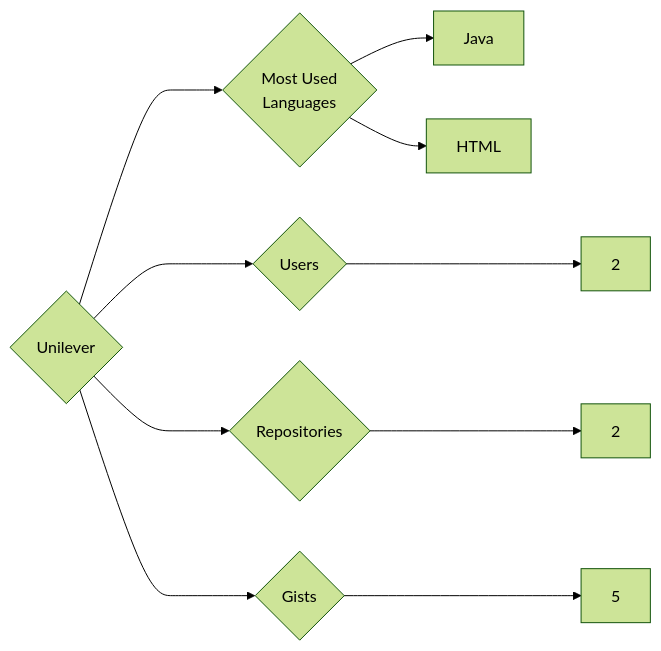
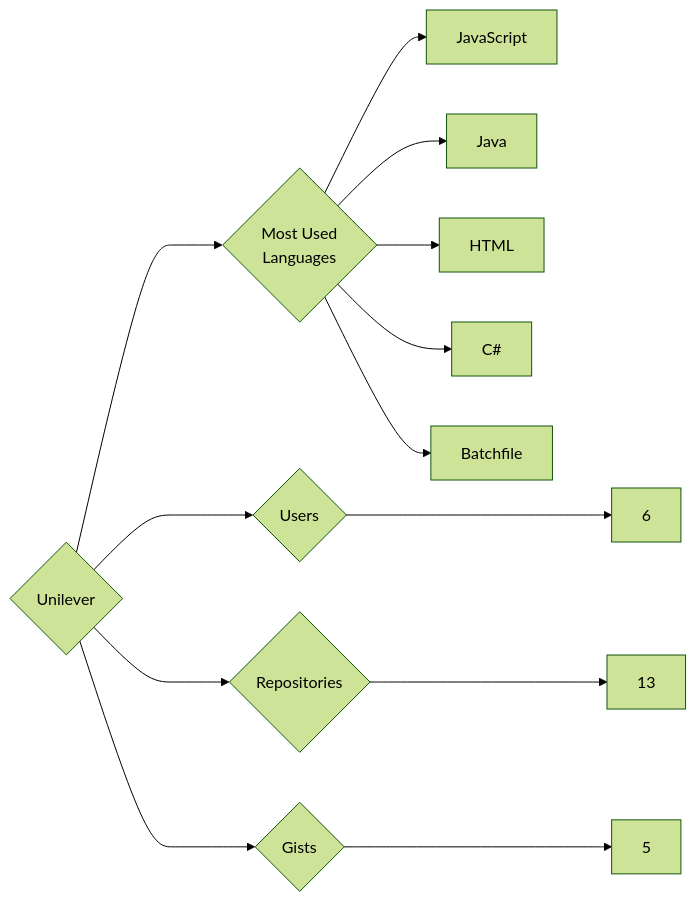
Before and after one commit to trickest/insiders: the diagram in targets/Unilever/README.md, drawn with Mermaid (forest theme). The commit also changed 1496 other files, not shown here.

````diff
--- a/targets/Unilever/README.md
+++ b/targets/Unilever/README.md
@@ -3,10 +3,13 @@
 ```mermaid
 graph LR
 COMPANY_NAME{Unilever}
-COMPANY_NAME ---> U{Users} ---> UN[2]
-COMPANY_NAME ---> R{Repositories} ---> RN[2]
+COMPANY_NAME ---> U{Users} ---> UN[6]
+COMPANY_NAME ---> R{Repositories} ---> RN[13]
 COMPANY_NAME ---> G{Gists} ---> GN[5]
 COMPANY_NAME ---> ML{Most Used<br>Languages}
+ML --> JavaScript[JavaScript]
 ML --> Java[Java]
 ML --> HTML[HTML]
+ML --> C#[C#]
+ML --> Batchfile[Batchfile]
 ```
````
